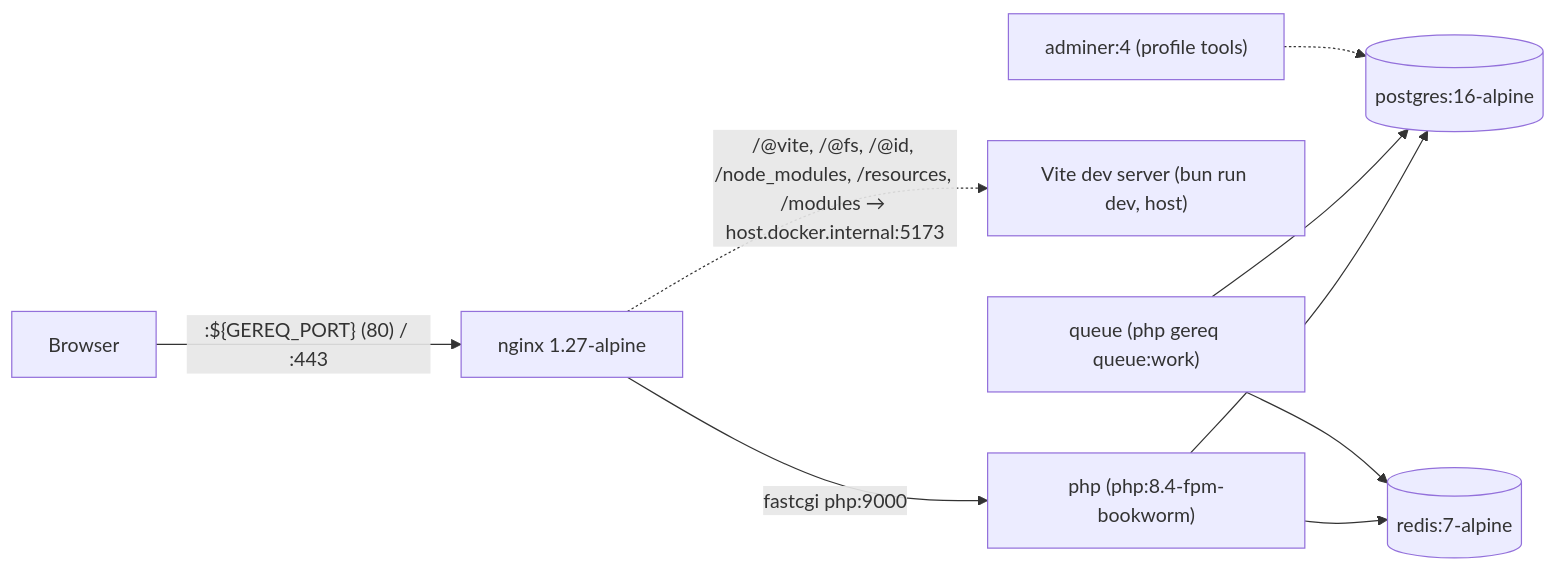
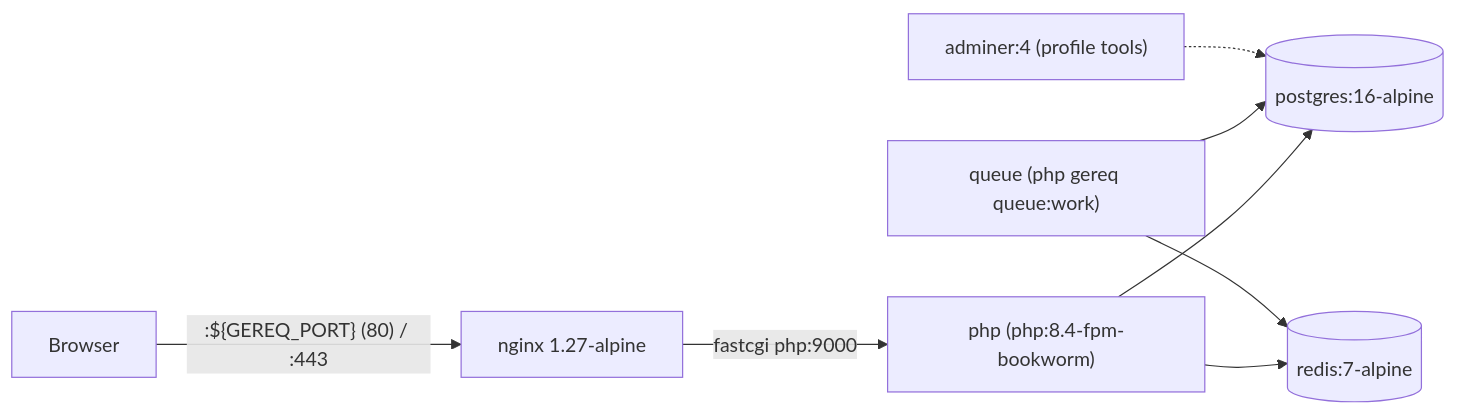
One commit to ywnzo/gereq-platform changed the diagram in docs/infrastructure/docker.md. Above: the diagram before and after it, drawn with Mermaid. The commit also changed other lines of this file and 38 other files, not shown here.

````diff
--- a/docs/infrastructure/docker.md
+++ b/docs/infrastructure/docker.md
@@ -7,11 +7,10 @@
 ```mermaid
 flowchart LR
     B[Browser] -->|":${GEREQ_PORT} (80) / :443"| N[nginx 1.27-alpine]
     N -->|"fastcgi php:9000"| P["php (php:8.4-fpm-bookworm)"]
-    N -.->|"/@vite, /@fs, /@id, /node_modules, /resources, /modules → host.docker.internal:5173"| V["Vite dev server (bun run dev, host)"]
     P --> PG[(postgres:16-alpine)]
     P --> R[(redis:7-alpine)]
     Q["queue (php gereq queue:work)"] --> PG
     Q --> R
     A["adminer:4 (profile tools)"] -.-> PG
 ```
````
